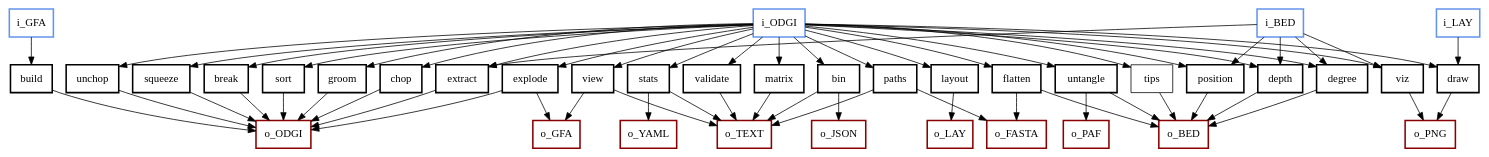
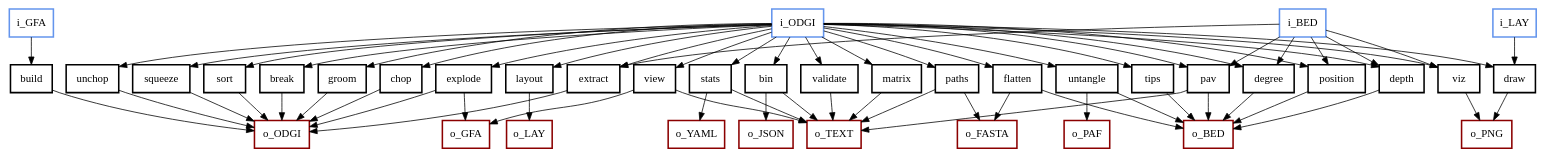
The diagram in manuscript/fig/odgi_tools.dot (pangenome/odgi-paper), drawn with Graphviz before and after one commit.

Commit message:
add `odgi pav` in the figure 1; fix odgi tip border

```diff
--- a/manuscript/fig/odgi_tools.dot
+++ b/manuscript/fig/odgi_tools.dot
@@ -1,120 +1,124 @@
 digraph sample {
 	node [
 		shape=box
 		color=black
 	]
 /*
 	build [color = red]
 	view [color = red]
 
 	validate [color = green]
 
 	stats [color = blue]
 	bin [color = blue]
 	depth [color = blue]
 	degree [color = blue]
   	matrix [color = blue]
     paths [color = blue]
     flatten [color = blue]
 
     break [color = brown]
 	groom [color = brown]
 	chop [color = brown]
 	unchop [color = brown]
 	explode [color = brown]
 	squeeze [color = brown]
 	extract [color = brown]
 
 	position [color = red]
     untangle [color = red]
 
 	viz [color = cyan]
 	sort [color = cyan]
 	layout [color = cyan]
 	draw [color = cyan]
 */
 
 	build [penwidth = 2]
 	view [penwidth = 2]
 
 	validate [penwidth = 2]
 
 	stats [penwidth = 2]
 	bin [penwidth = 2]
 	depth [penwidth = 2]
 	degree [penwidth = 2]
   	matrix [penwidth = 2]
     paths [penwidth = 2]
     flatten [penwidth = 2]
 
     break [penwidth = 2]
 	groom [penwidth = 2]
 	chop [penwidth = 2]
 	unchop [penwidth = 2]
 	explode [penwidth = 2]
 	squeeze [penwidth = 2]
 	extract [penwidth = 2]
 
 	position [penwidth = 2]
     untangle [penwidth = 2]
+    tips [penwidth = 2]
+    pav [penwidth = 2]
 
 	viz [penwidth = 2]
 	sort [penwidth = 2]
 	layout [penwidth = 2]
 	draw [penwidth = 2]
 
 	i_GFA [color = cornflowerblue, penwidth = 2]
 	i_ODGI [color = cornflowerblue, penwidth = 2]
 	i_BED [color = cornflowerblue, penwidth = 2]
 	i_LAY [color = cornflowerblue, penwidth = 2]
 	o_GFA [color = darkred, penwidth = 2]
 	o_ODGI [color = darkred, penwidth = 2]
 	o_TEXT [color = darkred, penwidth = 2]
 	o_YAML [color = darkred, penwidth = 2]
 	o_FASTA [color = darkred, penwidth = 2]
 	o_JSON [color = darkred, penwidth = 2]
 	o_BED [color = darkred, penwidth = 2]
 	o_PAF [color = darkred, penwidth = 2]
 	o_LAY [color = darkred, penwidth = 2]
 	o_PNG [color = darkred, penwidth = 2]
 
 	i_GFA -> build
-	//i_GFA -> {view, validate, stats, bin, depth, degree, flatten, break, groom, chop, unchop, explode, squeeze, extract, position, viz, sort, layout, draw, untangle, matrix, paths, tips}
-	i_ODGI -> {view, validate, stats, bin, depth, degree, flatten, break, groom, chop, unchop, explode, squeeze, extract, position, viz, sort, layout, draw, untangle, matrix, paths, tips}
-	i_BED -> {depth, degree, extract, position, viz}
+	//i_GFA -> {view, validate, stats, bin, depth, degree, flatten, break, groom, chop, unchop, explode, squeeze, extract, position, viz, sort, layout, draw, untangle, matrix, paths, pav, tips}
+	i_ODGI -> {view, validate, stats, bin, depth, degree, flatten, break, groom, chop, unchop, explode, squeeze, extract, position, viz, sort, layout, draw, untangle, matrix, paths, pav, tips}
+	i_BED -> {depth, degree, extract, position, pav, viz}
     i_LAY -> {draw}
     //XP -> {server}
 
 	build -> o_ODGI
 	view ->  o_GFA
 	view ->  o_TEXT
 	validate -> o_TEXT
 	stats -> o_TEXT
 	stats -> o_YAML
     matrix -> o_TEXT
     paths -> o_FASTA
     paths -> o_TEXT
 	bin -> o_JSON
 	bin -> o_TEXT
 	depth -> o_BED
 	degree -> o_BED
     flatten -> o_BED
     flatten -> o_FASTA
 	break -> o_ODGI
 	groom -> o_ODGI
 	chop -> o_ODGI
 	unchop -> o_ODGI
 	explode -> o_ODGI
 	explode -> o_GFA
 	squeeze -> o_ODGI
 	extract -> o_ODGI
 	position -> o_BED
+	pav -> o_BED
+	pav -> o_TEXT
 	viz -> o_PNG
 	sort -> o_ODGI
 	layout -> o_LAY
 	draw -> o_PNG
     untangle -> o_BED
     untangle -> o_PAF
     tips -> o_BED
     //server -> o_TEXT
 }
```
